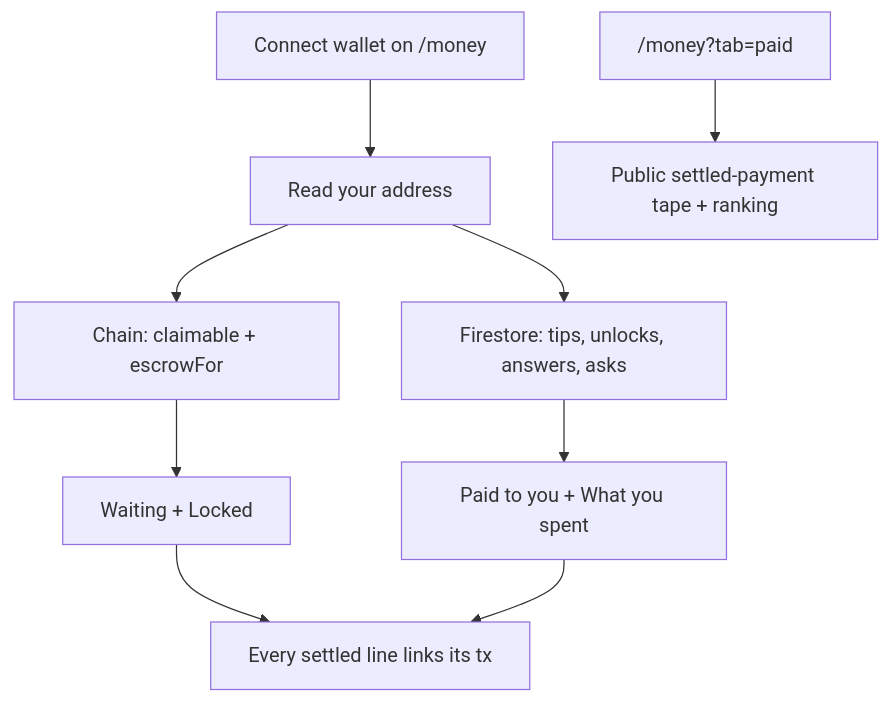
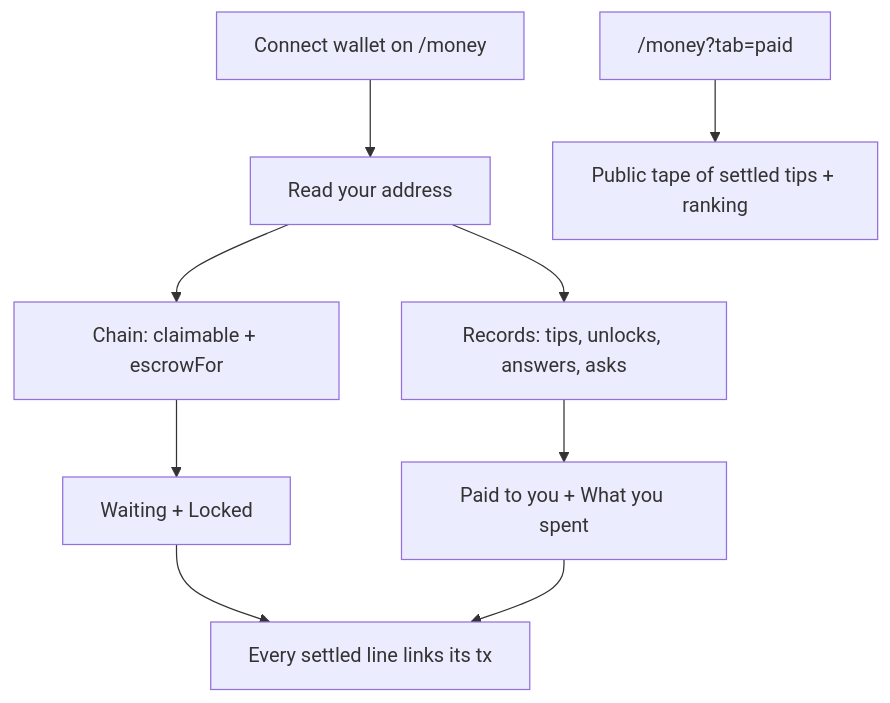
Before and after one commit to Story91/mysphere: the diagram in app/Docs/_content/money.md, drawn with Mermaid. The commit also changed other lines of this file and 16 other files, not shown here.

````diff
--- a/app/Docs/_content/money.md
+++ b/app/Docs/_content/money.md
@@ -27,11 +30,11 @@
 ```mermaid
 flowchart TD
     A["Connect wallet on /money"] --> B["Read your address"]
     B --> C["Chain: claimable + escrowFor"]
-    B --> D["Firestore: tips, unlocks, answers, asks"]
+    B --> D["Records: tips, unlocks, answers, asks"]
     C --> E["Waiting + Locked"]
     D --> F["Paid to you + What you spent"]
     E --> G["Every settled line links its tx"]
     F --> G
-    H["/money?tab=paid"] --> I["Public settled-payment tape + ranking"]
+    H["/money?tab=paid"] --> I["Public tape of settled tips + ranking"]
 ```
````
